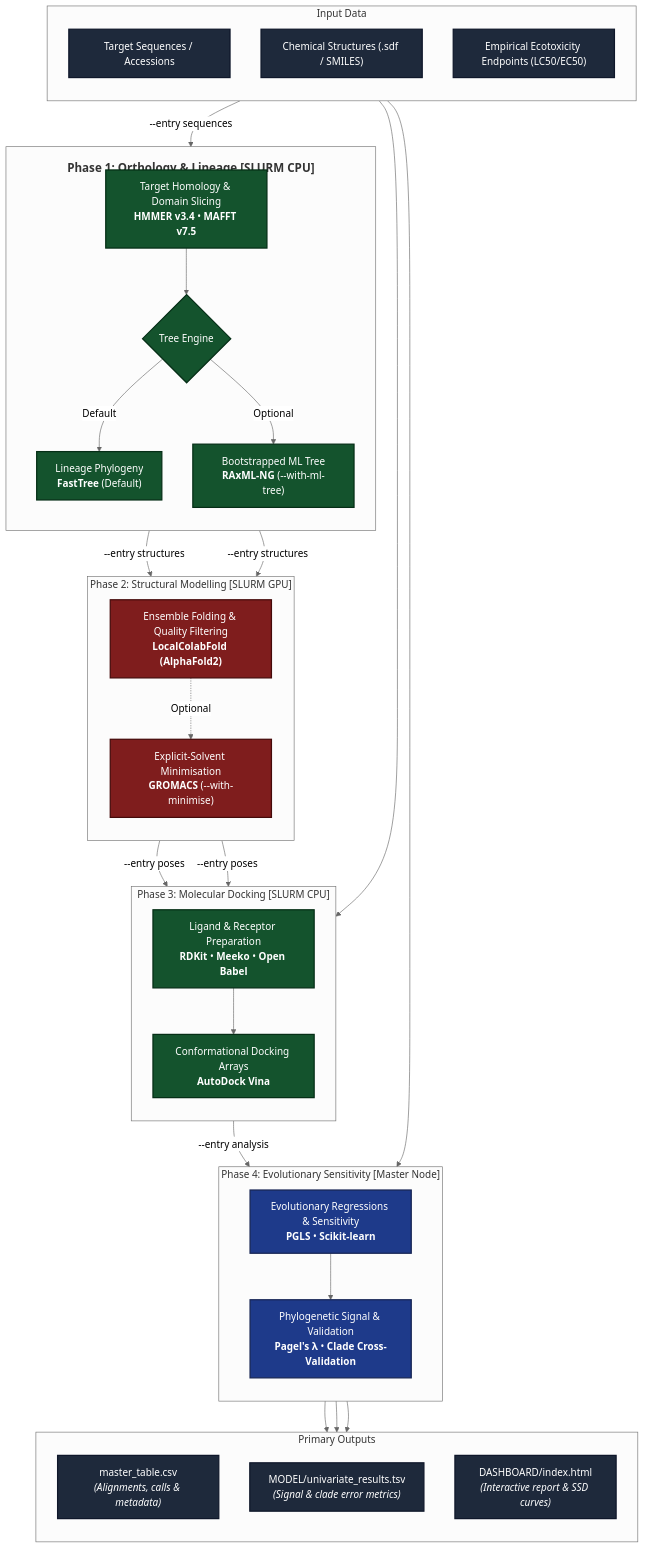
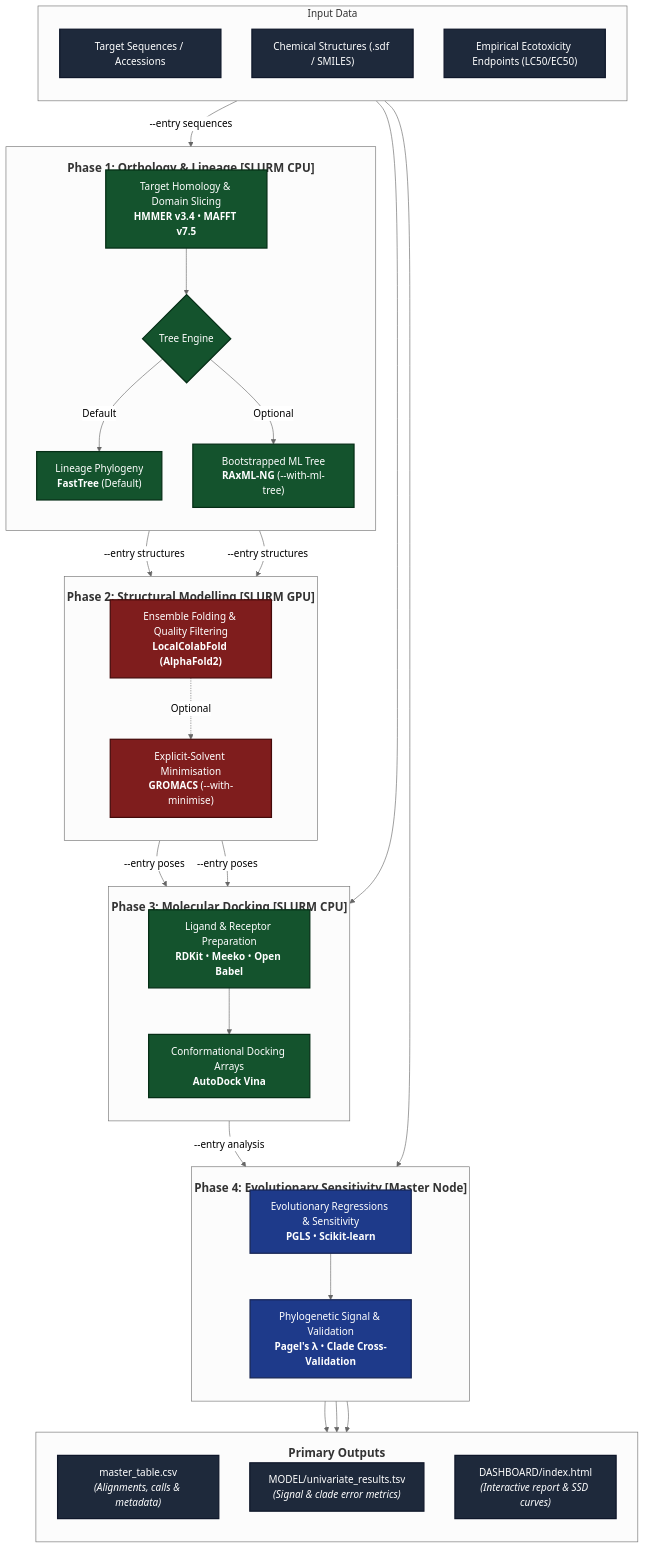
One commit to krishnan-Rama/SENTINEL changed the diagram in README.md. Above: the diagram before and after it, drawn with Mermaid (neutral theme).

````diff
--- a/README.md
+++ b/README.md
@@ -13,78 +13,78 @@
 ```mermaid
 flowchart TD
     subgraph INP["Input Data"]
         direction TB
         I1["Target Sequences / Accessions"]
         I2["Chemical Structures (.sdf / SMILES)"]
         I3["Empirical Ecotoxicity Endpoints (LC50/EC50)"]
     end
 
     subgraph ST1["<h3>Phase 1: Orthology & Lineage [SLURM CPU]</h3>"]
         direction TB
         S1A["Target Homology & Domain Slicing<br/><b>HMMER v3.4</b> • <b>MAFFT v7.5</b>"]
         S1B{"Tree Engine"}
         S1C["Lineage Phylogeny<br/><b>FastTree</b> (Default)"]
         S1D["Bootstrapped ML Tree<br/><b>RAxML-NG</b> (--with-ml-tree)"]
 
         S1A --> S1B
         S1B -->|Default| S1C
         S1B -->|Optional| S1D
     end
 
-    subgraph ST2["Phase 2: Structural Modelling [SLURM GPU]"]
+    subgraph ST2["<h3>Phase 2: Structural Modelling [SLURM GPU]<h3>"]
         direction TB
         S2A["Ensemble Folding & Quality Filtering<br/><b>LocalColabFold (AlphaFold2)</b>"]
         S2B["Explicit-Solvent Minimisation<br/><b>GROMACS</b> (--with-minimise)"]
 
         S2A -.->|Optional| S2B
     end
 
-    subgraph ST3["Phase 3: Molecular Docking [SLURM CPU]"]
+    subgraph ST3["<h3>Phase 3: Molecular Docking [SLURM CPU]<h3>"]
         direction TB
         S3A["Ligand & Receptor Preparation<br/><b>RDKit</b> • <b>Meeko</b> • <b>Open Babel</b>"]
         S3B["Conformational Docking Arrays<br/><b>AutoDock Vina</b>"]
 
         S3A --> S3B
     end
 
-    subgraph ST4["Phase 4: Evolutionary Sensitivity [Master Node]"]
+    subgraph ST4["<h3>Phase 4: Evolutionary Sensitivity [Master Node]<h3>"]
         direction TB
         S4A["Evolutionary Regressions & Sensitivity<br/><b>PGLS</b> • <b>Scikit-learn</b>"]
         S4B["Phylogenetic Signal & Validation<br/><b>Pagel's &lambda;</b> • <b>Clade Cross-Validation</b>"]
 
         S4A --> S4B
     end
 
-    subgraph OUT["Primary Outputs"]
+    subgraph OUT["<h3>Primary Outputs<h3>"]
         direction TB
         O1["master_table.csv<br/><i>(Alignments, calls & metadata)</i>"]
         O2["MODEL/univariate_results.tsv<br/><i>(Signal & clade error metrics)</i>"]
         O3["DASHBOARD/index.html<br/><i>(Interactive report & SSD curves)</i>"]
     end
 
     %% Wiring Inputs to Pipeline
     I1 -->|--entry sequences| S1A
     S1C -->|--entry structures| S2A
     S1D -->|--entry structures| S2A
     S2A -->|--entry poses| S3A
     S2B -->|--entry poses| S3A
     I2 --> S3A
     S3B -->|--entry analysis| S4A
     I3 --> S4A
 
     %% Outputs
     S4B --> O1
     S4B --> O2
     S4B --> O3
 
     %% High-Contrast Styling (WCAG AAA Compliant)
     classDef io fill:#1e293b,stroke:#0f172a,stroke-width:2px,color:#ffffff;
     classDef cpu fill:#14532d,stroke:#052e16,stroke-width:2px,color:#ffffff;
     classDef gpu fill:#7f1d1d,stroke:#450a0a,stroke-width:2px,color:#ffffff;
     classDef master fill:#1e3a8a,stroke:#172554,stroke-width:2px,color:#ffffff;
 
     class I1,I2,I3,O1,O2,O3 io;
     class S1A,S1B,S1C,S1D,S3A,S3B cpu;
     class S2A,S2B gpu;
     class S4A,S4B master;
 ```
````
